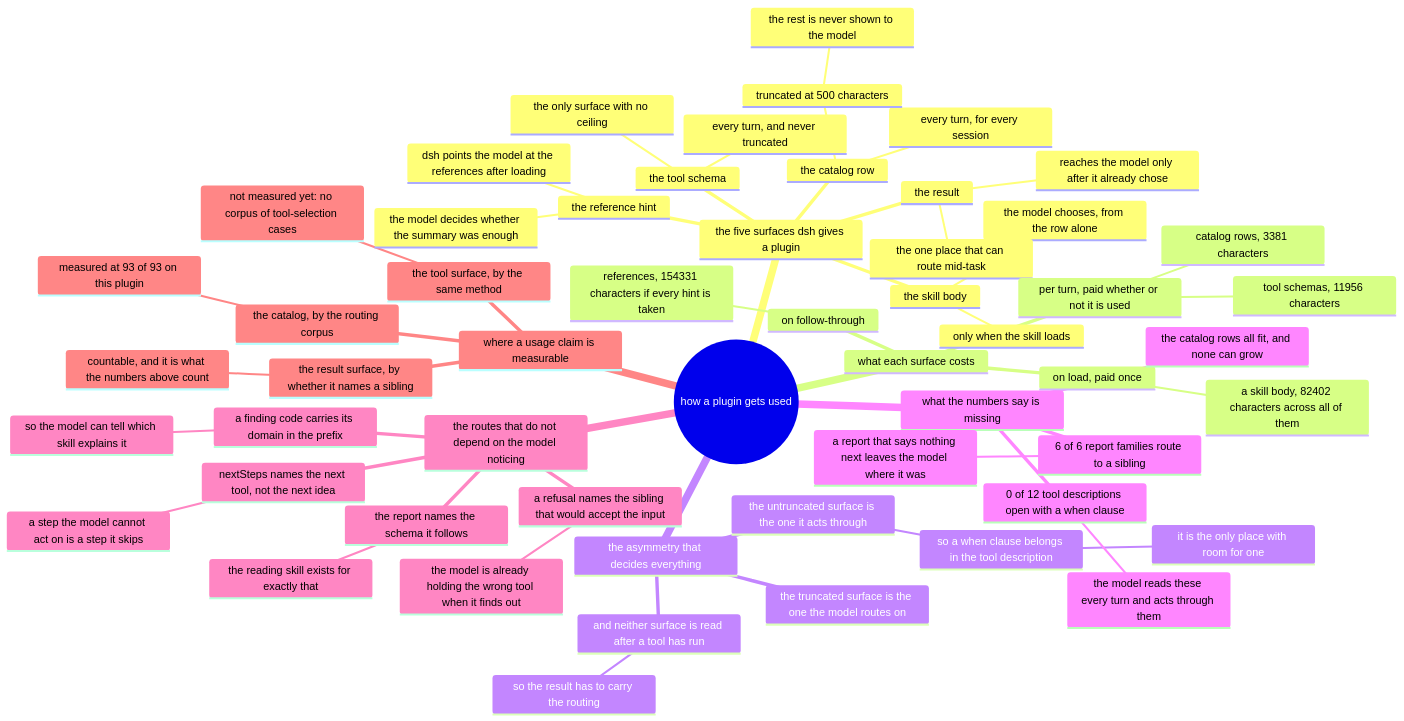
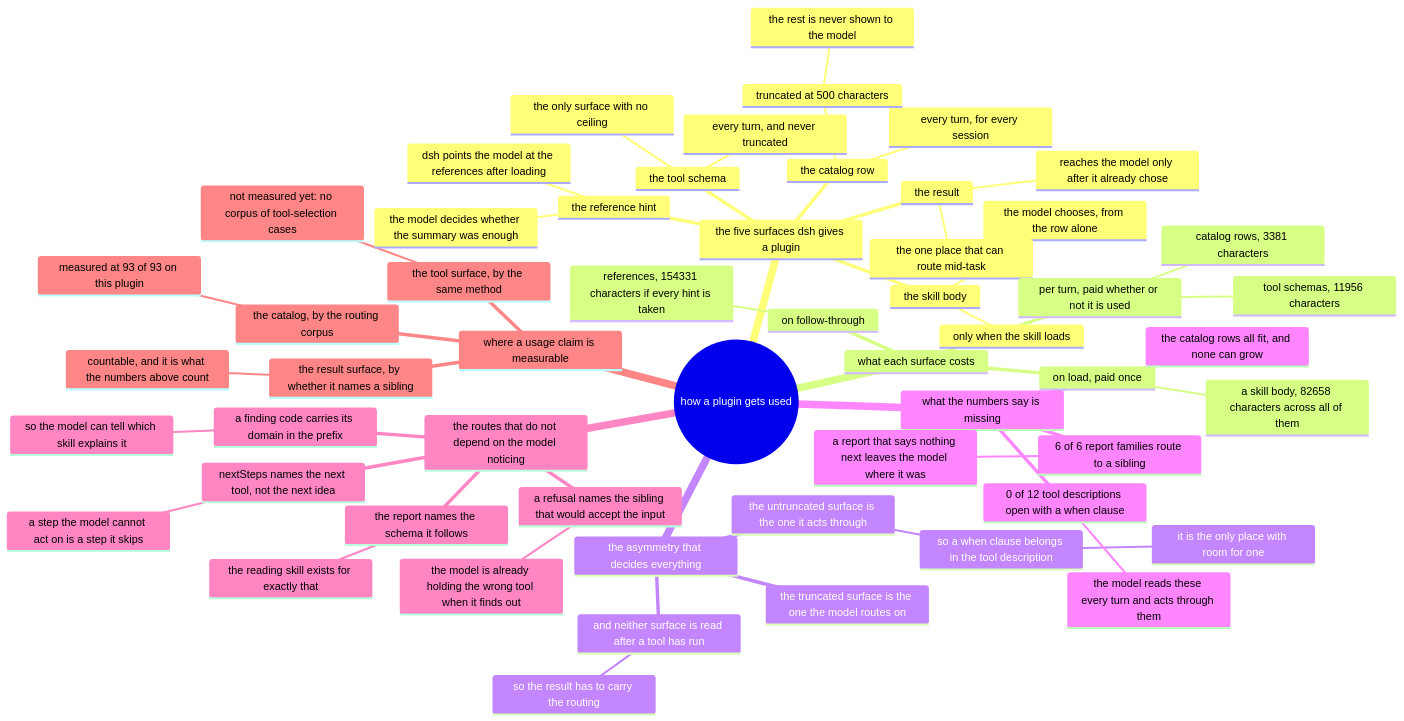
Before and after one commit to AmethystLuna/dsh-model-everything: the diagram in docs/usage/mindmap.mmd, drawn with Mermaid. The commit also changed 9 other files, not shown here.

```diff
--- a/docs/usage/mindmap.mmd
+++ b/docs/usage/mindmap.mmd
@@ -1,56 +1,56 @@
 mindmap
 root((how a plugin gets used))
   the five surfaces dsh gives a plugin
     the catalog row
       every turn, for every session
       truncated at 500 characters
         the rest is never shown to the model
     the skill body
       only when the skill loads
       the model chooses, from the row alone
     the reference hint
       dsh points the model at the references after loading
       the model decides whether the summary was enough
     the tool schema
       every turn, and never truncated
       the only surface with no ceiling
     the result
       reaches the model only after it already chose
       the one place that can route mid-task
   what each surface costs
     per turn, paid whether or not it is used
       catalog rows, 3381 characters
       tool schemas, 11956 characters
     on load, paid once
-      a skill body, 82402 characters across all of them
+      a skill body, 82658 characters across all of them
     on follow-through
       references, 154331 characters if every hint is taken
   the asymmetry that decides everything
     the truncated surface is the one the model routes on
     the untruncated surface is the one it acts through
       so a when clause belongs in the tool description
         it is the only place with room for one
     and neither surface is read after a tool has run
       so the result has to carry the routing
   what the numbers say is missing
     0 of 12 tool descriptions open with a when clause
       the model reads these every turn and acts through them
     6 of 6 report families route to a sibling
       a report that says nothing next leaves the model where it was
     the catalog rows all fit, and none can grow
   the routes that do not depend on the model noticing
     a refusal names the sibling that would accept the input
       the model is already holding the wrong tool when it finds out
     nextSteps names the next tool, not the next idea
       a step the model cannot act on is a step it skips
     a finding code carries its domain in the prefix
       so the model can tell which skill explains it
     the report names the schema it follows
       the reading skill exists for exactly that
   where a usage claim is measurable
     the catalog, by the routing corpus
       measured at 93 of 93 on this plugin
     the tool surface, by the same method
       not measured yet: no corpus of tool-selection cases
     the result surface, by whether it names a sibling
       countable, and it is what the numbers above count
```
